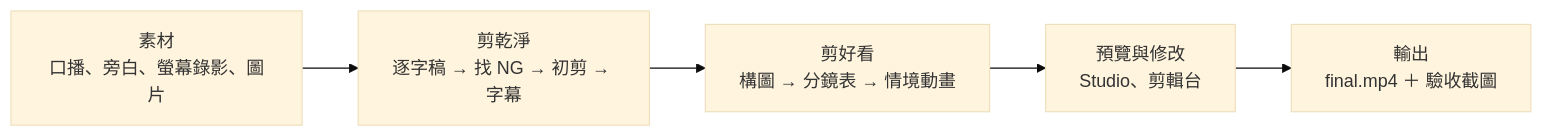
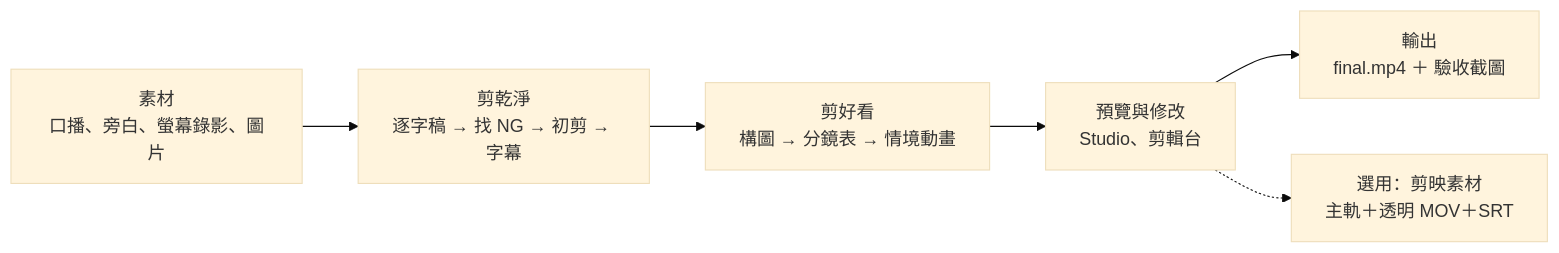
The diagram in README.md (dean9703111/auto-edit-workspace), drawn with Mermaid (base theme) before and after one commit. The commit also changed other lines of this file and 112 other files, not shown here.

````diff
--- a/README.md
+++ b/README.md
@@ -23,7 +35,8 @@
 ```mermaid
 flowchart LR
   A["素材<br>口播、旁白、螢幕錄影、圖片"] --> B["剪乾淨<br>逐字稿 → 找 NG → 初剪 → 字幕"]
   B --> C["剪好看<br>構圖 → 分鏡表 → 情境動畫"]
   C --> D["預覽與修改<br>Studio、剪輯台"]
   D --> E["輸出<br>final.mp4 ＋ 驗收截圖"]
+  D -.-> F["選用：剪映素材<br>主軌＋透明 MOV＋SRT"]
 ```
````
